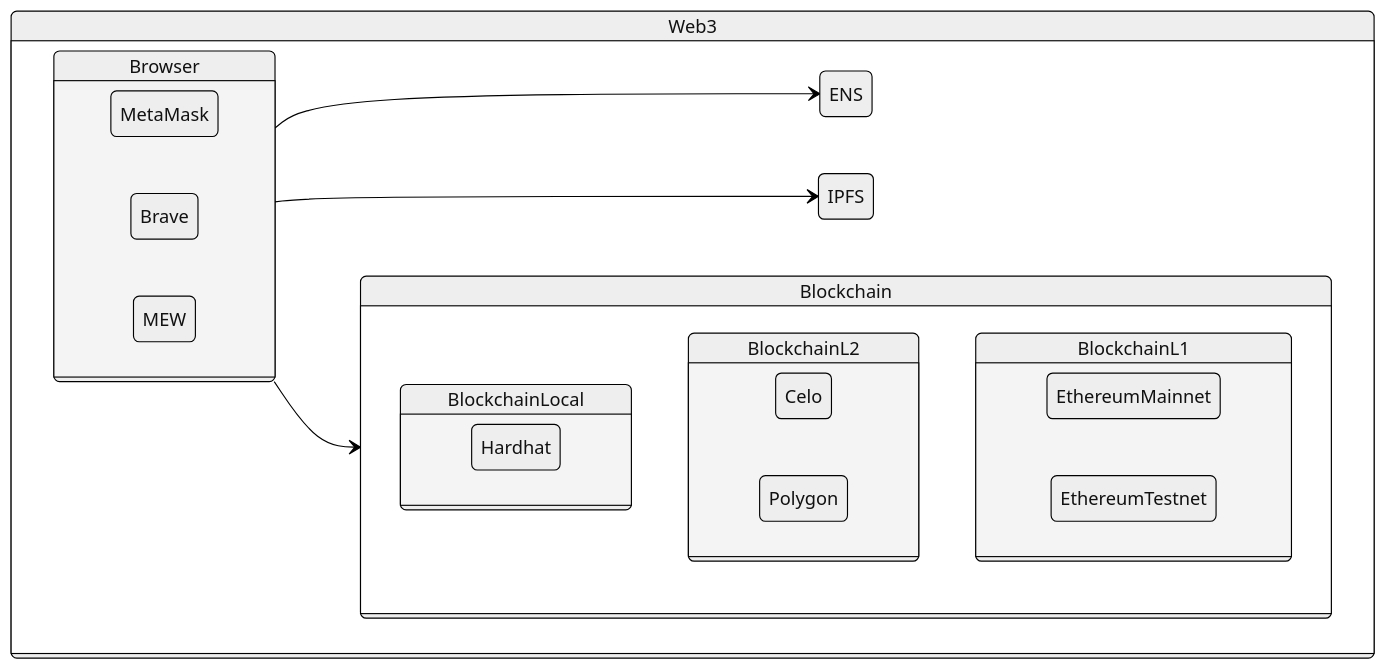
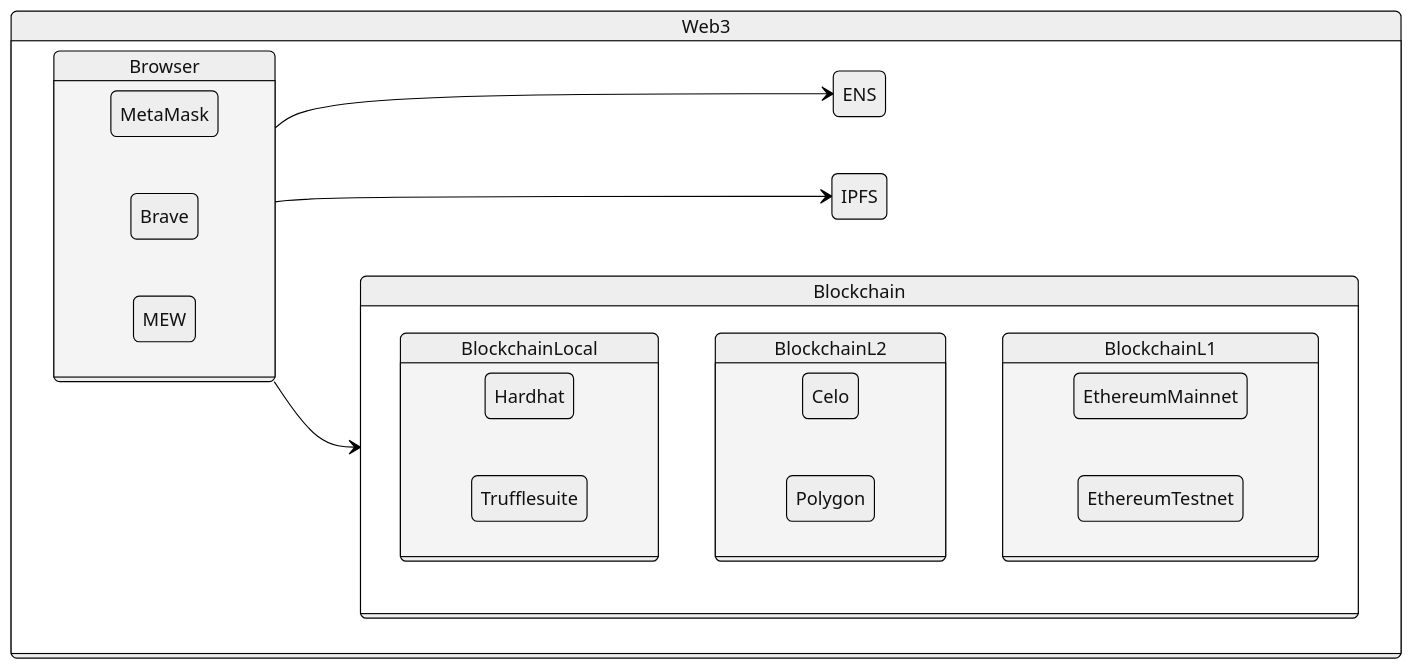
One commit to maximilianou/weekly61 changed the diagram in README.md. Above: the diagram before and after it, drawn with Mermaid (neutral theme). The commit also changed other lines of this file, not shown here.

Commit message:
feat(diag): diagrame mermaid blockchain L1 L2 markdown

````diff
--- a/README.md
+++ b/README.md
@@ -42,32 +42,32 @@
 ```mermaid
 stateDiagram-v2
     state Web3 {
         direction LR
         state Browser {
             direction LR
             MetaMask
             Brave
             MEW
         }
         Browser --> ENS
         Browser --> IPFS
         Browser --> Blockchain
     }
     state Blockchain {
         state BlockchainLocal {
             direction LR
             Hardhat
+            Trufflesuite
         }
         state BlockchainL2 {
             direction LR
             Celo
             Polygon
         }
         state BlockchainL1 {
             direction LR
             EthereumMainnet
             EthereumTestnet
         }
     }
-
 ```
````
